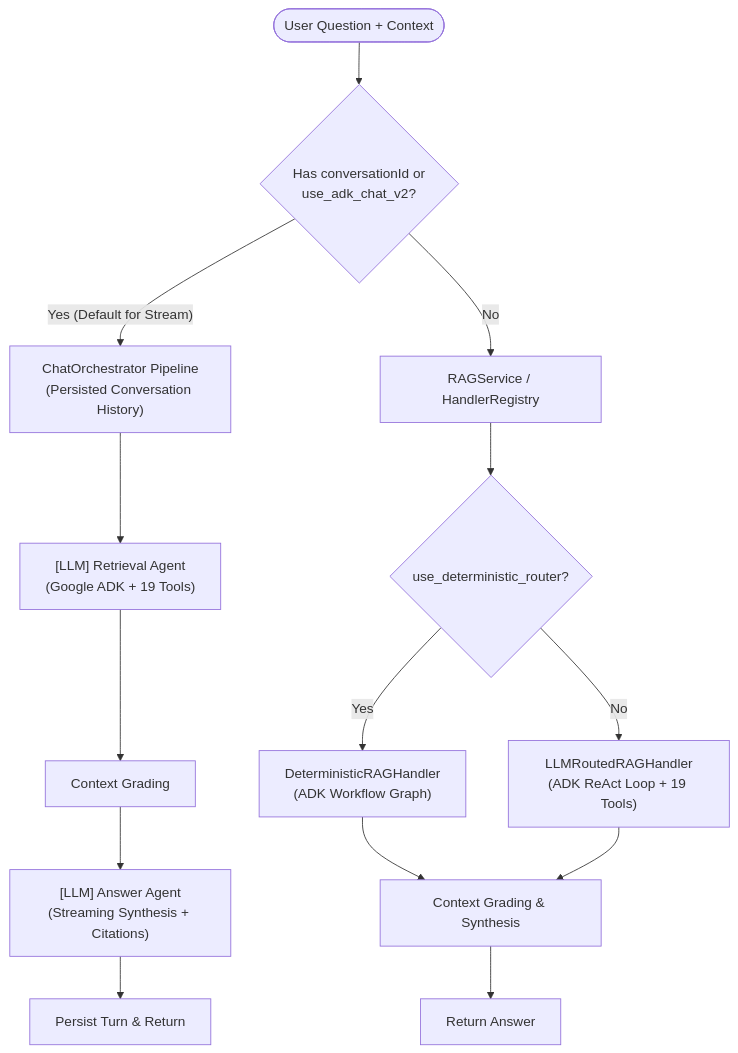
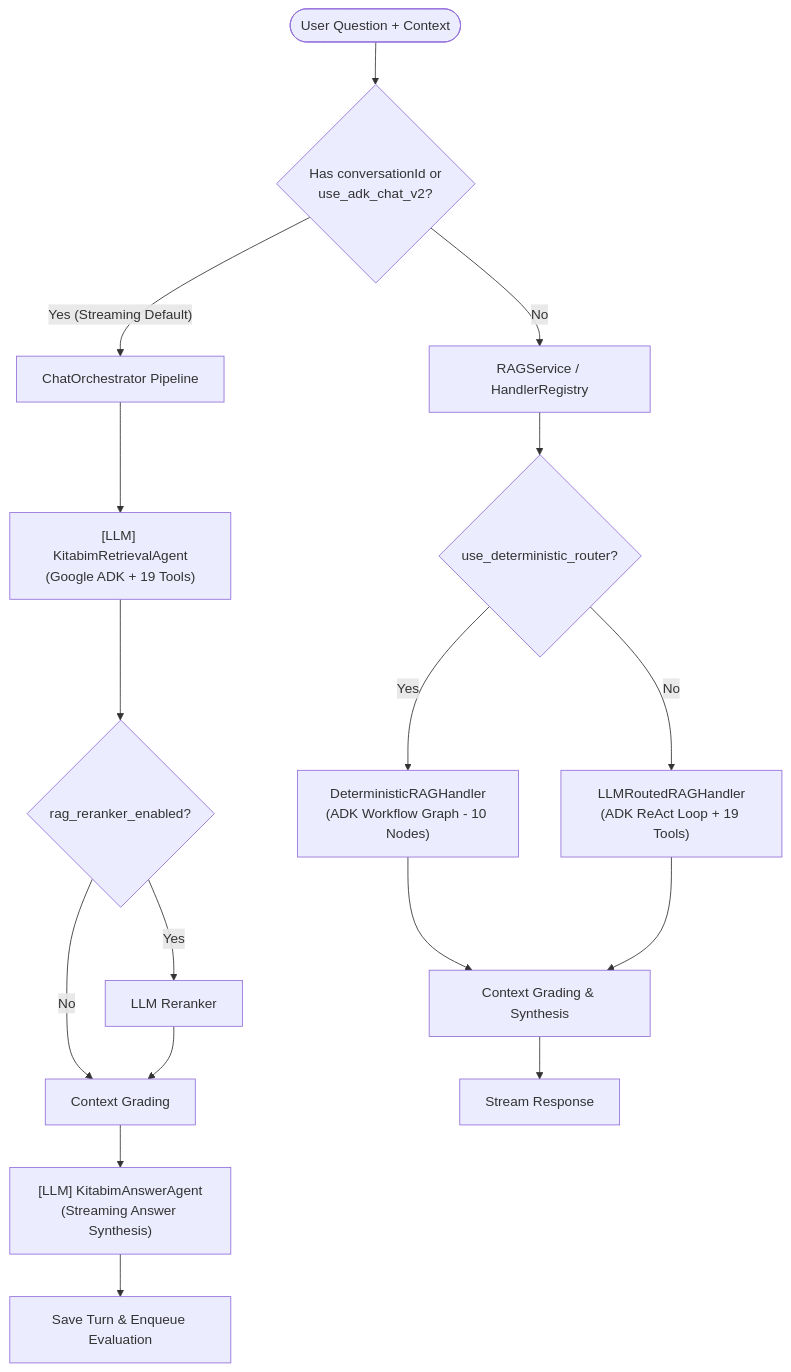
One commit to Kitabim-AI/kitabim-ai changed the third of 3 diagrams in README.md. Above: the diagram before and after it, drawn with Mermaid. The commit also changed other lines of this file and 4 other files, not shown here.

Commit message:
docs: update chat architecture documentation, diagram flows, and repository method descriptions

````diff
--- a/README.md
+++ b/README.md
@@ -29,18 +157,21 @@
 ```mermaid
 flowchart TD
     Q(["User Question + Context"]) --> ROUTE{"Has conversationId or<br/>use_adk_chat_v2?"}
 
-    ROUTE -- Yes (Default for Stream) --> ORCH["ChatOrchestrator Pipeline<br/>(Persisted Conversation History)"]
-    ORCH --> RET_AGENT["[LLM] Retrieval Agent<br/>(Google ADK + 19 Tools)"]
-    RET_AGENT --> GRADE_ORCH["Context Grading"]
-    GRADE_ORCH --> ANS_AGENT["[LLM] Answer Agent<br/>(Streaming Synthesis + Citations)"]
-    ANS_AGENT --> SAVE["Persist Turn & Return"]
+    ROUTE -- Yes (Streaming Default) --> ORCH["ChatOrchestrator Pipeline"]
+    ORCH --> RET_AGENT["[LLM] KitabimRetrievalAgent<br/>(Google ADK + 19 Tools)"]
+    RET_AGENT --> RERANK{"rag_reranker_enabled?"}
+    RERANK -- Yes --> RR["LLM Reranker"]
+    RERANK -- No --> GRADE1["Context Grading"]
+    RR --> GRADE1
+    GRADE1 --> ANS_AGENT["[LLM] KitabimAnswerAgent<br/>(Streaming Answer Synthesis)"]
+    ANS_AGENT --> SAVE["Save Turn & Enqueue Evaluation"]
 
     ROUTE -- No --> REG["RAGService / HandlerRegistry"]
     REG --> DET_CHECK{"use_deterministic_router?"}
-    DET_CHECK -- Yes --> DET["DeterministicRAGHandler<br/>(ADK Workflow Graph)"]
+    DET_CHECK -- Yes --> DET["DeterministicRAGHandler<br/>(ADK Workflow Graph - 10 Nodes)"]
     DET_CHECK -- No --> LLM_RAG["LLMRoutedRAGHandler<br/>(ADK ReAct Loop + 19 Tools)"]
-    DET --> GRADE_REG["Context Grading & Synthesis"]
-    LLM_RAG --> GRADE_REG
-    GRADE_REG --> RETURN["Return Answer"]
+    DET --> GRADE2["Context Grading & Synthesis"]
+    LLM_RAG --> GRADE2
+    GRADE2 --> STREAM["Stream Response"]
 ```
````
